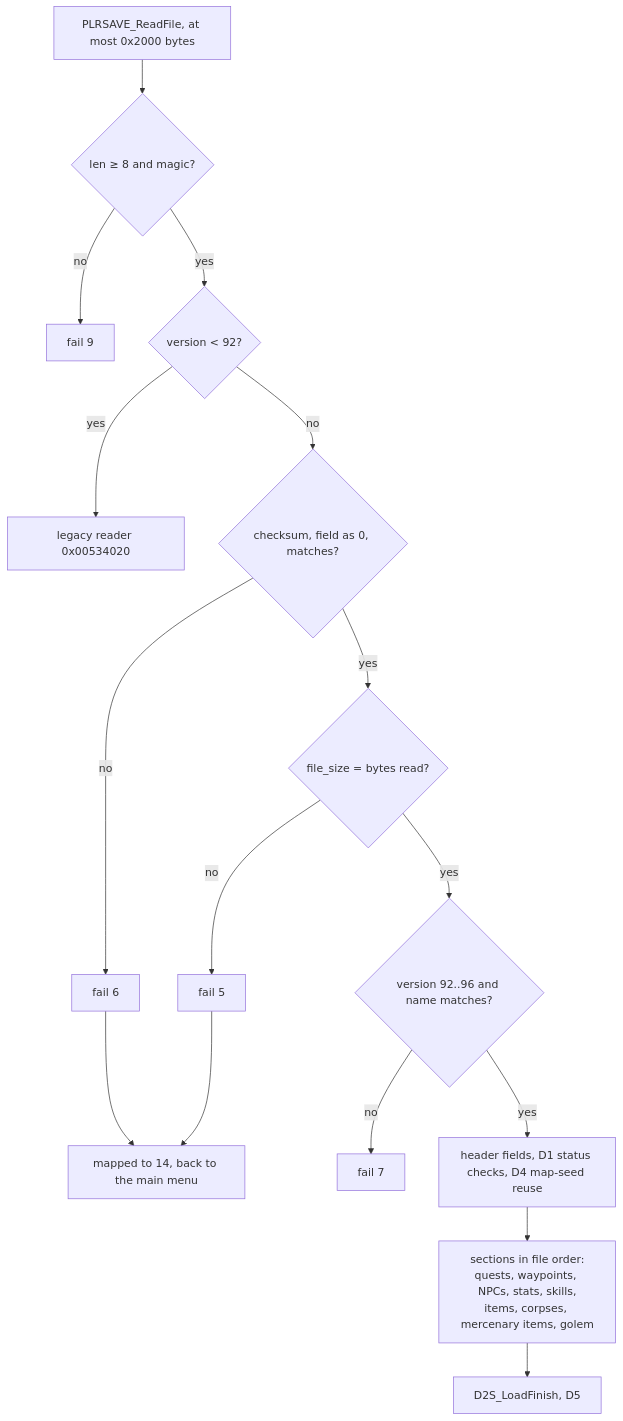
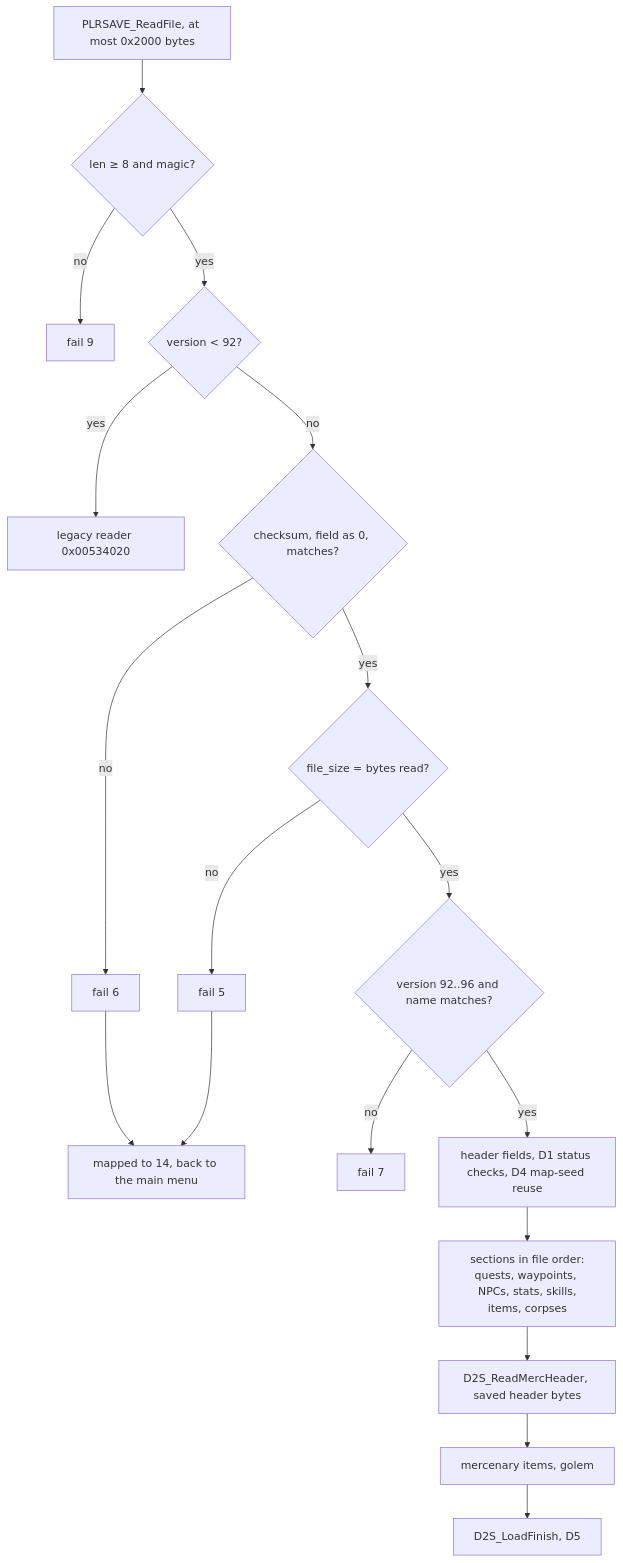
One commit to IgorKonovalov/diablo-2-recompilation changed the sixth of 15 diagrams in docs/specs/save/d2s.md. Above: the diagram before and after it, drawn with Mermaid. The commit also changed other lines of this file, not shown here.

Commit message:
docs(specs): save/d2s from save/0001 §8: unsigned clamp, followers without ValShift, fixed fields, has_class, modes 3/5, ears, merc header order, bit 13 (plan 0015 Phase 5)

````diff
--- a/docs/specs/save/d2s.md
+++ b/docs/specs/save/d2s.md
@@ -320,17 +320,20 @@
 ```mermaid
 flowchart TD
   rf["PLRSAVE_ReadFile, at most 0x2000 bytes"] --> mg{"len ≥ 8 and magic?"}
   mg -->|no| e9["fail 9"]
   mg -->|yes| v92{"version < 92?"}
   v92 -->|yes| leg["legacy reader 0x00534020"]
   v92 -->|no| ck{"checksum, field as 0, matches?"}
   ck -->|no| e6["fail 6"]
   ck -->|yes| sz{"file_size = bytes read?"}
   sz -->|no| e5["fail 5"]
   sz -->|yes| vn{"version 92..96 and name matches?"}
   vn -->|no| e7["fail 7"]
   vn -->|yes| hdr["header fields, D1 status checks, D4 map-seed reuse"]
-  hdr --> sec["sections in file order:<br/>quests, waypoints, NPCs, stats, skills,<br/>items, corpses, mercenary items, golem"]
-  sec --> lf["D2S_LoadFinish, D5"]
+  hdr --> sec["sections in file order:<br/>quests, waypoints, NPCs, stats, skills,<br/>items, corpses"]
+  sec --> mh["D2S_ReadMercHeader, saved header bytes"]
+  mh --> mi["mercenary items, golem"]
+  mi --> lf
+  lf["D2S_LoadFinish, D5"]
   e6 & e5 --> m14["mapped to 14, back to the main menu"]
 ```
````
